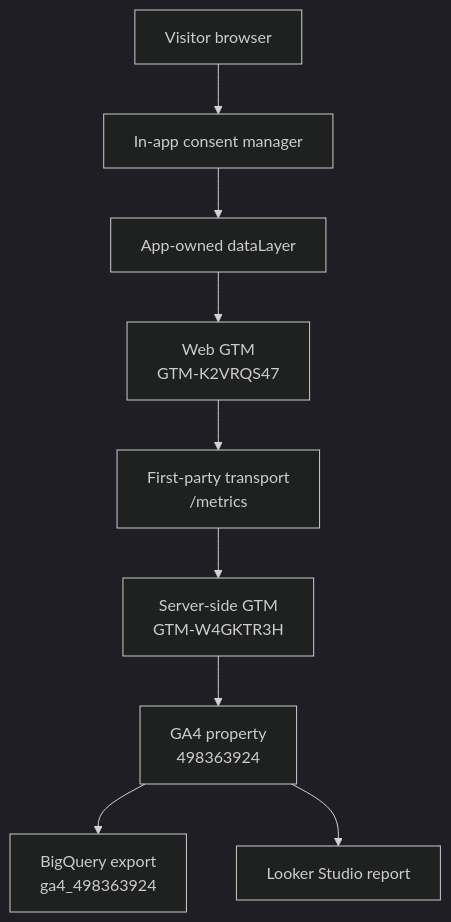
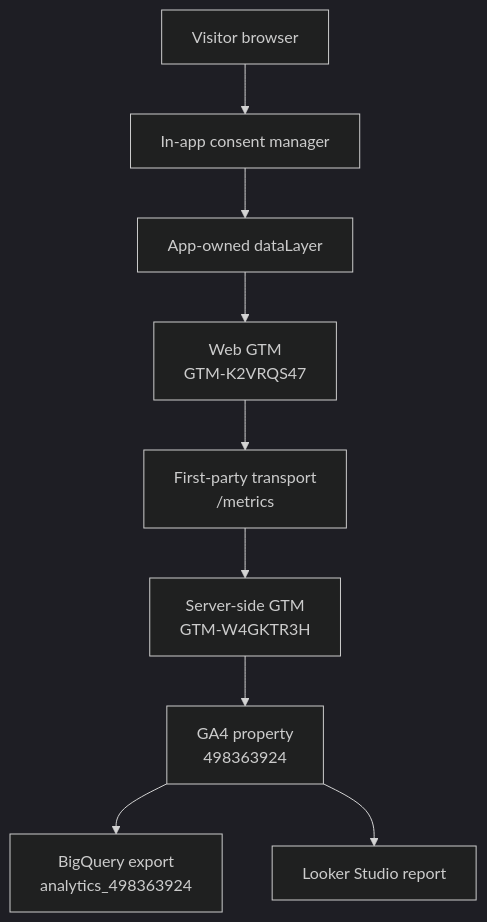
The diagram in content/posts/how-we-built-a-consented-first-party-analytics-stack.mdx (Rajeev-SG/rajeevg.com), drawn with Mermaid (dark theme) before and after one commit. The commit also changed other lines of this file and 17 other files, not shown here.

````diff
--- a/content/posts/how-we-built-a-consented-first-party-analytics-stack.mdx
+++ b/content/posts/how-we-built-a-consented-first-party-analytics-stack.mdx
@@ -93,11 +95,11 @@
 ```mermaid
 flowchart TB
   Browser["Visitor browser"] --> Consent["In-app consent manager"]
   Consent --> DataLayer["App-owned dataLayer"]
   DataLayer --> WebGTM["Web GTM<br/>GTM-K2VRQS47"]
   WebGTM --> Metrics["First-party transport<br/>/metrics"]
   Metrics --> SGTM["Server-side GTM<br/>GTM-W4GKTR3H"]
   SGTM --> GA4["GA4 property<br/>498363924"]
-  GA4 --> BQ["BigQuery export<br/>ga4_498363924"]
+  GA4 --> BQ["BigQuery export<br/>analytics_498363924"]
   GA4 --> Looker["Looker Studio report"]
 ```
````
